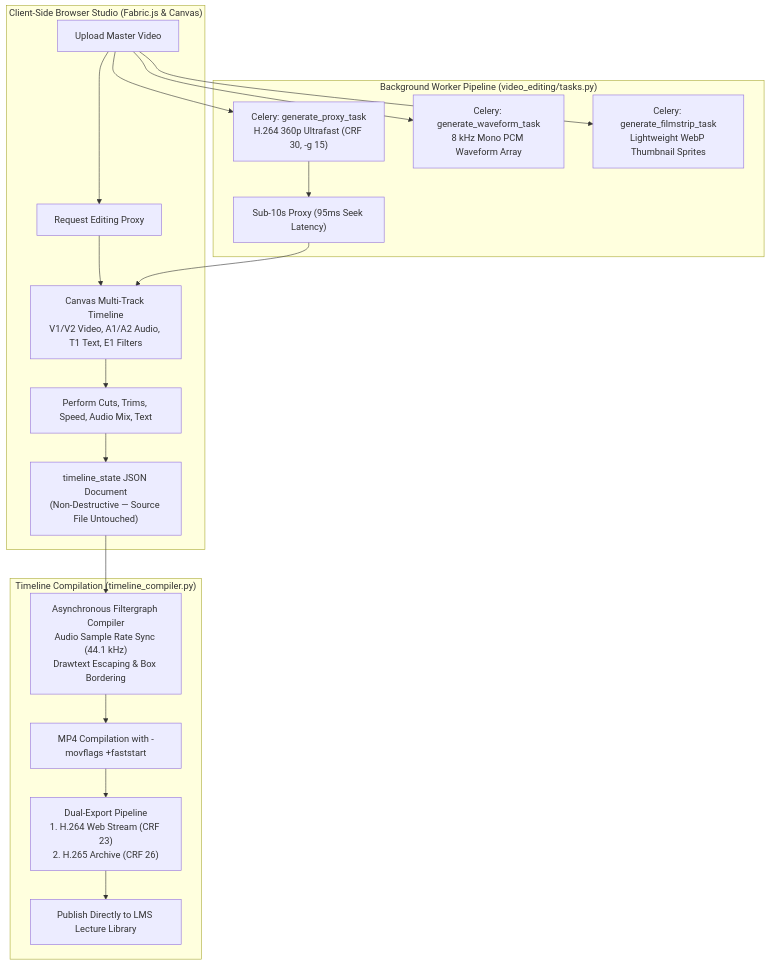
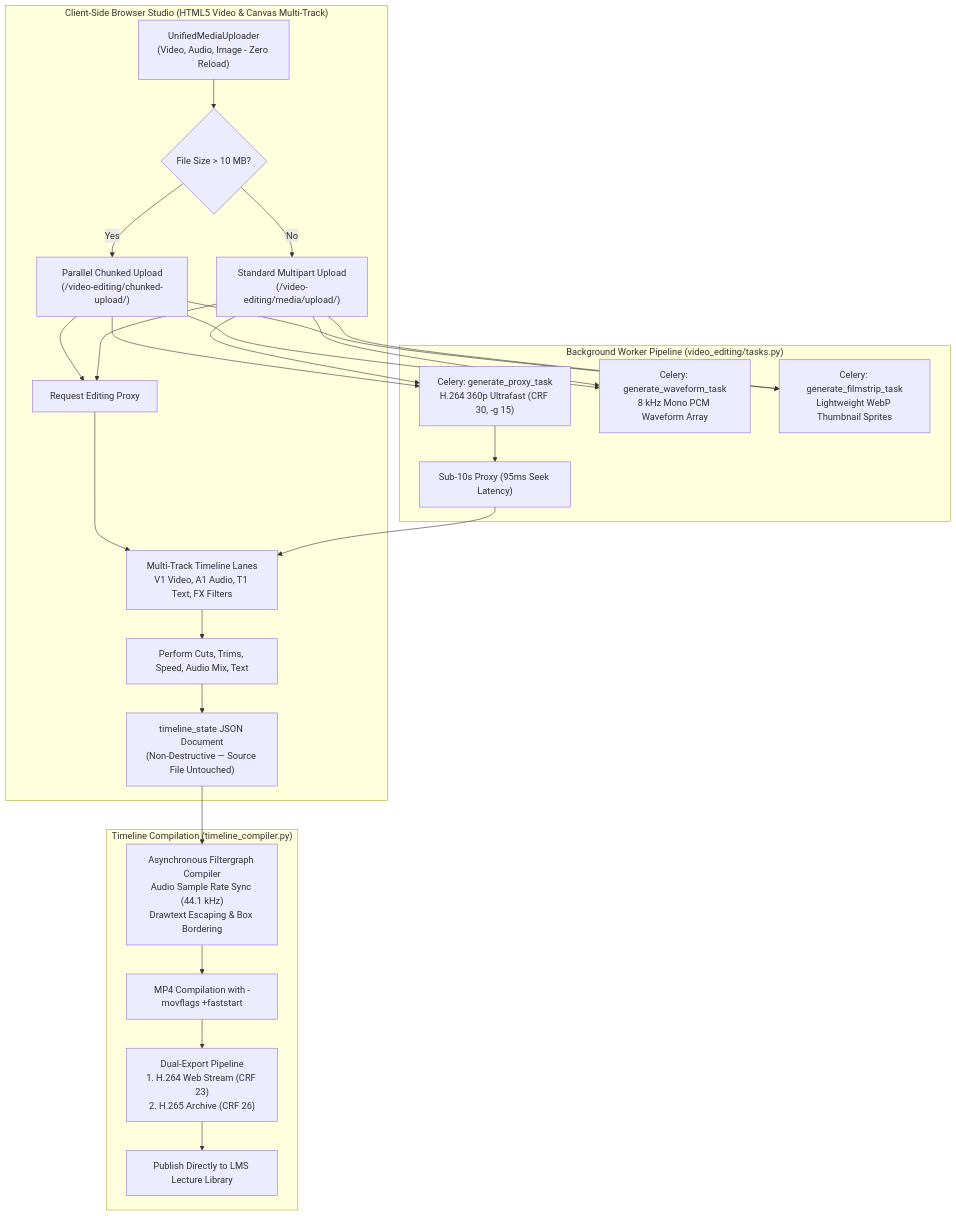
The seventh of 11 diagrams in docs/FINAL_PROJECT_REPORT.md (GauravSinghGit0/Edumi2), drawn with Mermaid before and after one commit. The commit also changed other lines of this file and 24 other files, not shown here.

Commit message:
docs: add system architecture blueprint and camera port fixes

````diff
--- a/docs/FINAL_PROJECT_REPORT.md
+++ b/docs/FINAL_PROJECT_REPORT.md
@@ -310,24 +311,27 @@
 ```mermaid
 flowchart TD
-    subgraph "Client-Side Browser Studio (Fabric.js & Canvas)"
-        Upload[Upload Master Video] --> ProxyReq[Request Editing Proxy]
-        ProxyReq --> Canvas[Canvas Multi-Track Timeline<br/>V1/V2 Video, A1/A2 Audio, T1 Text, E1 Filters]
+    subgraph "Client-Side Browser Studio (HTML5 Video & Canvas Multi-Track)"
+        Upload["UnifiedMediaUploader<br/>(Video, Audio, Image - Zero Reload)"] --> CheckSize{"File Size > 10 MB?"}
+        CheckSize -->|Yes| Chunked["Parallel Chunked Upload<br/>(/video-editing/chunked-upload/)"]
+        CheckSize -->|No| StdUpload["Standard Multipart Upload<br/>(/video-editing/media/upload/)"]
+        Chunked & StdUpload --> ProxyReq[Request Editing Proxy]
+        ProxyReq --> Canvas["Multi-Track Timeline Lanes<br/>V1 Video, A1 Audio, T1 Text, FX Filters"]
         Canvas --> Operations[Perform Cuts, Trims, Speed, Audio Mix, Text]
         Operations --> StateJSON["timeline_state JSON Document<br/>(Non-Destructive — Source File Untouched)"]
     end
 
     subgraph "Background Worker Pipeline (video_editing/tasks.py)"
-        Upload --> CeleryProxy["Celery: generate_proxy_task<br/>H.264 360p Ultrafast (CRF 30, -g 15)"]
-        Upload --> CeleryWave["Celery: generate_waveform_task<br/>8 kHz Mono PCM Waveform Array"]
-        Upload --> CeleryFilm["Celery: generate_filmstrip_task<br/>Lightweight WebP Thumbnail Sprites"]
+        Chunked & StdUpload --> CeleryProxy["Celery: generate_proxy_task<br/>H.264 360p Ultrafast (CRF 30, -g 15)"]
+        Chunked & StdUpload --> CeleryWave["Celery: generate_waveform_task<br/>8 kHz Mono PCM Waveform Array"]
+        Chunked & StdUpload --> CeleryFilm["Celery: generate_filmstrip_task<br/>Lightweight WebP Thumbnail Sprites"]
         CeleryProxy --> ReturnProxy["Sub-10s Proxy (95ms Seek Latency)"]
         ReturnProxy --> Canvas
     end
 
     subgraph "Timeline Compilation (timeline_compiler.py)"
         StateJSON --> Compiler["Asynchronous Filtergraph Compiler<br/>Audio Sample Rate Sync (44.1 kHz)<br/>Drawtext Escaping & Box Bordering"]
         Compiler --> FastStart["MP4 Compilation with -movflags +faststart"]
         FastStart --> DualExport["Dual-Export Pipeline<br/>1. H.264 Web Stream (CRF 23)<br/>2. H.265 Archive (CRF 26)"]
         DualExport --> Publish["Publish Directly to LMS Lecture Library"]
     end
 ```
````
